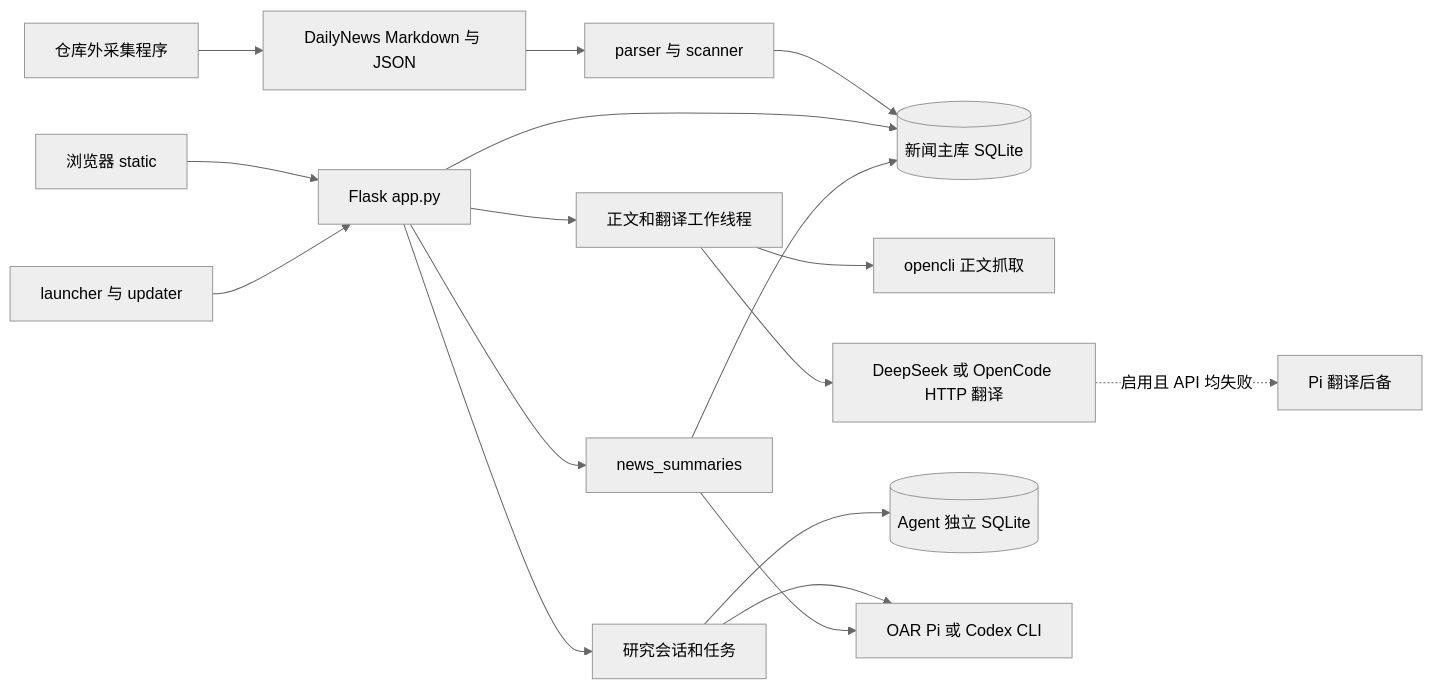
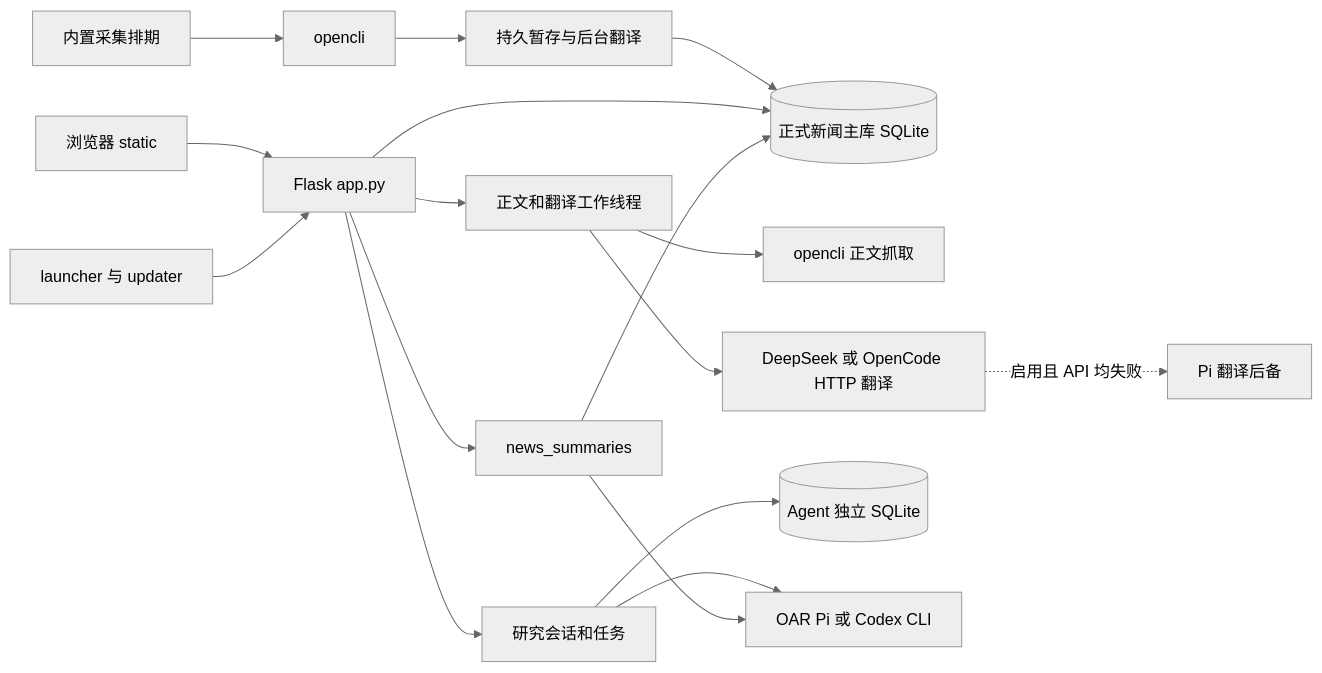
One commit to xusz12/NewsReader2 changed the diagram in docs/handoff/02-architecture.md. Above: the diagram before and after it, drawn with Mermaid (neutral theme). The commit also changed other lines of this file and 93 other files, not shown here.

````diff
--- a/docs/handoff/02-architecture.md
+++ b/docs/handoff/02-architecture.md
@@ -47,19 +49,19 @@
 ```mermaid
 flowchart LR
-  C[仓库外采集程序] --> D[DailyNews Markdown 与 JSON]
-  D --> S[parser 与 scanner]
-  S --> DB[(新闻主库 SQLite)]
+  C[内置采集排期] --> D[opencli]
+  D --> S[持久暂存与后台翻译]
+  S --> DB[(正式新闻主库 SQLite)]
   UI[浏览器 static] --> API[Flask app.py]
   API --> DB
   API --> W[正文和翻译工作线程]
   W --> CLI[opencli 正文抓取]
   W --> HTTP[DeepSeek 或 OpenCode HTTP 翻译]
   HTTP -. 启用且 API 均失败 .-> PI[Pi 翻译后备]
   API --> A[研究会话和任务]
   A --> ADB[(Agent 独立 SQLite)]
   A --> R[OAR Pi 或 Codex CLI]
   API --> NS[news_summaries]
   NS --> R
   NS --> DB
   L[launcher 与 updater] --> API
 ```
````
